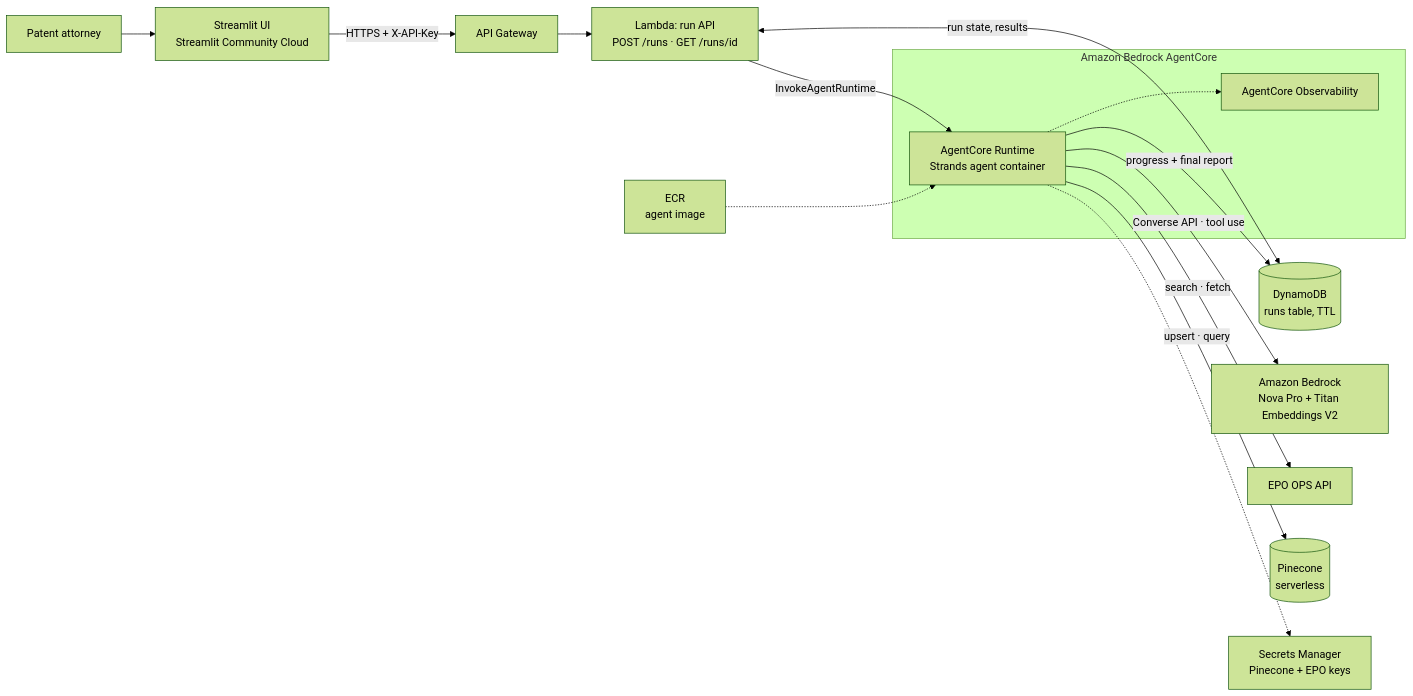
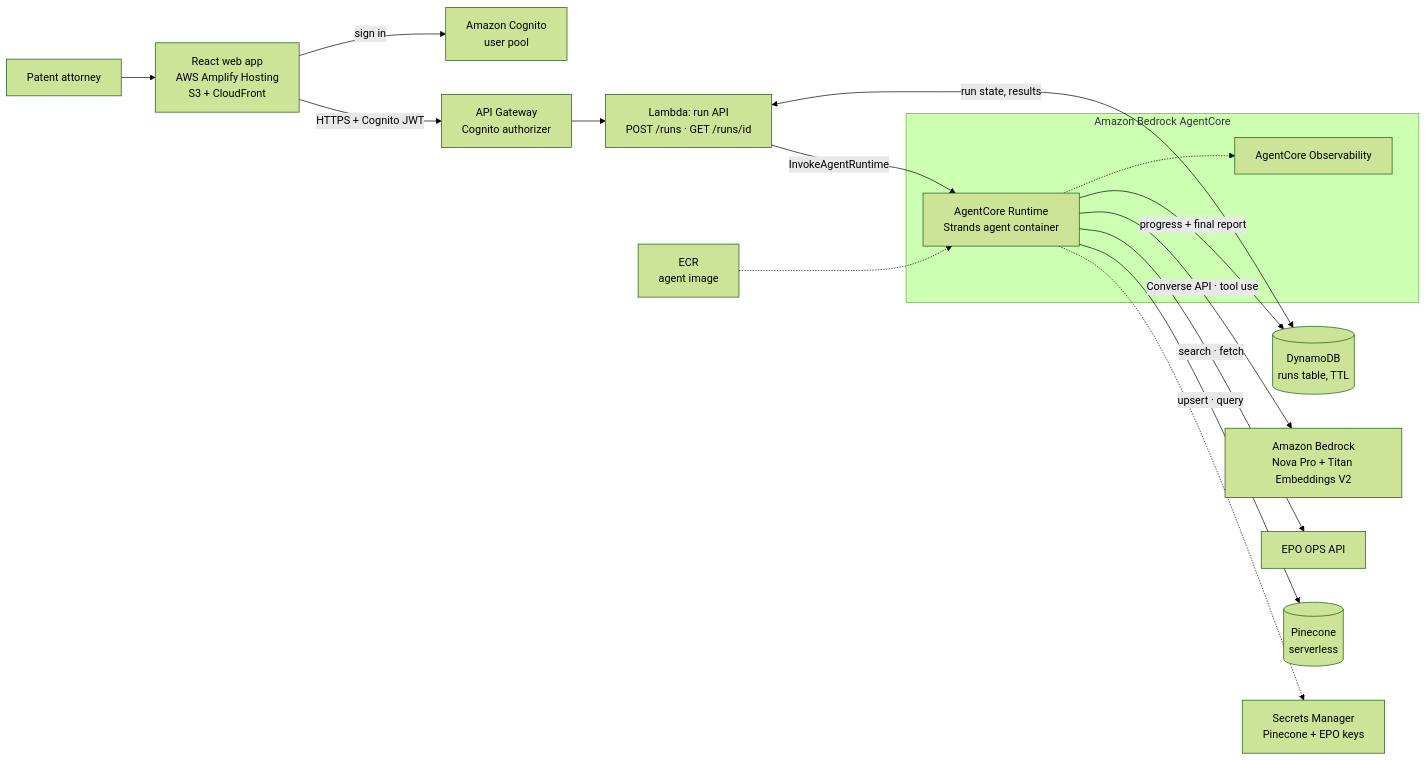
One commit to VerneCorpTechnologies/patent-prior-art-agent changed the first of 2 diagrams in README.md. Above: the diagram before and after it, drawn with Mermaid (forest theme). The commit also changed other lines of this file, not shown here.

First line of the commit message:
Design: move frontend to React on Amplify Hosting with Cognito auth

````diff
--- a/README.md
+++ b/README.md
@@ -51,21 +51,22 @@
 ```mermaid
 flowchart LR
-    U[Patent attorney] --> UI[Streamlit UI<br/>Streamlit Community Cloud]
-    UI -->|HTTPS + X-API-Key| APIGW[API Gateway]
+    U[Patent attorney] --> UI[React web app<br/>AWS Amplify Hosting<br/>S3 + CloudFront]
+    UI -->|sign in| COG[Amazon Cognito<br/>user pool]
+    UI -->|HTTPS + Cognito JWT| APIGW[API Gateway<br/>Cognito authorizer]
     APIGW --> API[Lambda: run API<br/>POST /runs · GET /runs/id]
     API <-->|run state, results| DDB[(DynamoDB<br/>runs table, TTL)]
     API -->|InvokeAgentRuntime| RT
 
     subgraph AC[Amazon Bedrock AgentCore]
         RT[AgentCore Runtime<br/>Strands agent container]
         OBS[AgentCore Observability]
     end
 
     RT -->|Converse API · tool use| BR[Amazon Bedrock<br/>Nova Pro + Titan Embeddings V2]
     RT -->|search · fetch| EPO[EPO OPS API]
     RT -->|upsert · query| PC[(Pinecone<br/>serverless)]
     RT -->|progress + final report| DDB
     RT -.-> SM[Secrets Manager<br/>Pinecone + EPO keys]
     RT -.-> OBS
     ECR[ECR<br/>agent image] -.-> RT
 ```
````
